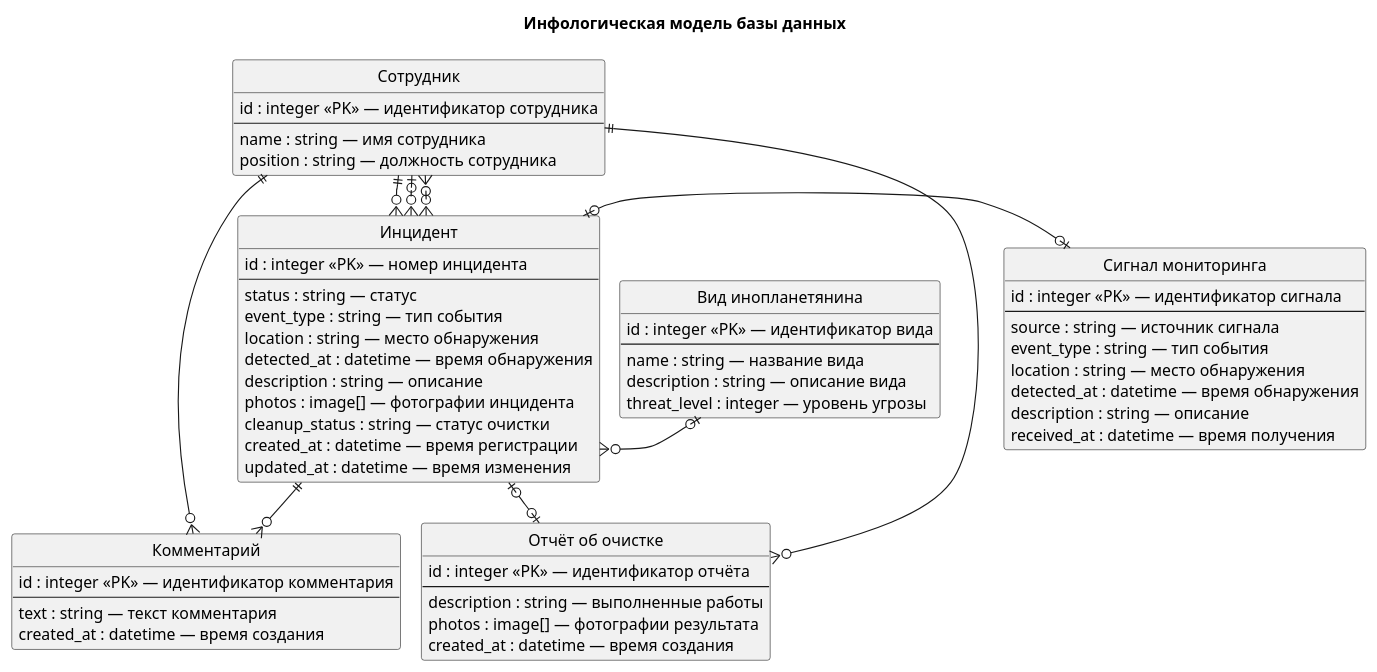
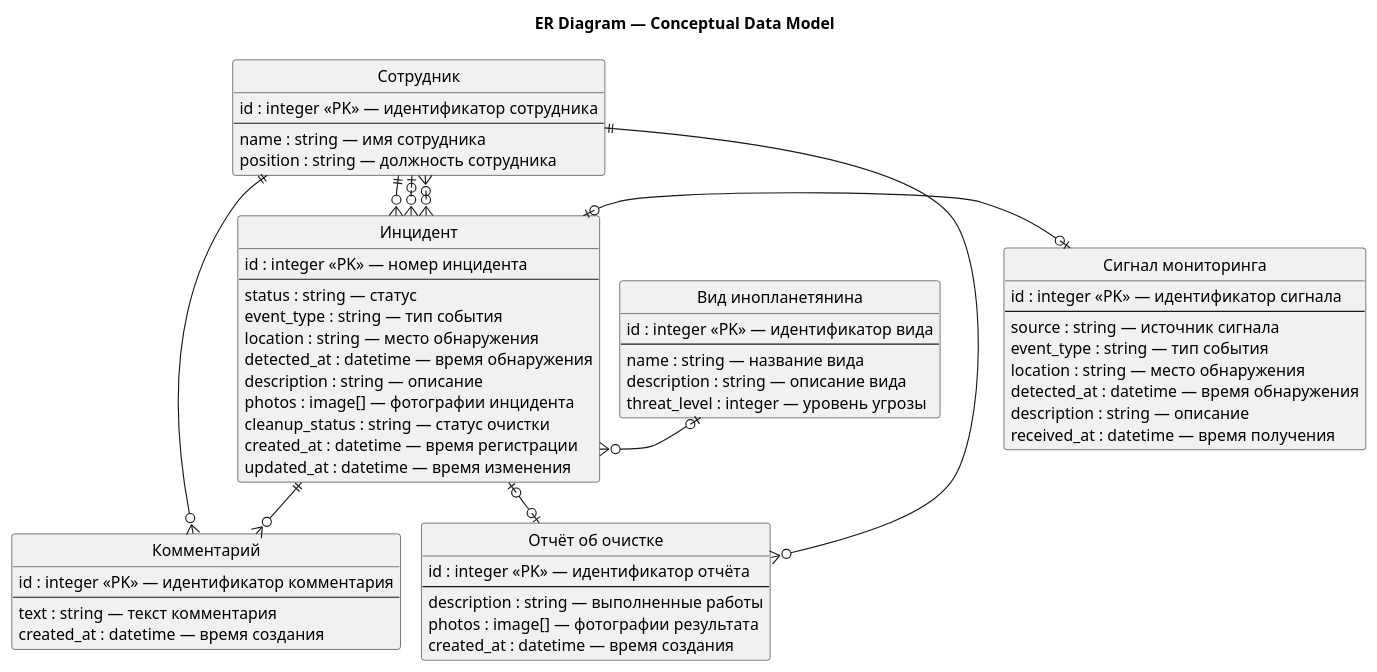
The first of 2 diagrams in docs/entity-relation.md (Andryss/AIMS), drawn with PlantUML before and after one commit. The commit also changed other lines of this file and 31 other files, not shown here.

````diff
--- a/docs/entity-relation.md
+++ b/docs/entity-relation.md
@@ -5,7 +5,7 @@
 ```plantuml
 @startuml aims_infological_model
 !pragma layout smetana
-title Инфологическая модель базы данных
+title ER Diagram — Conceptual Data Model
 
 hide circle
 hide methods
````
